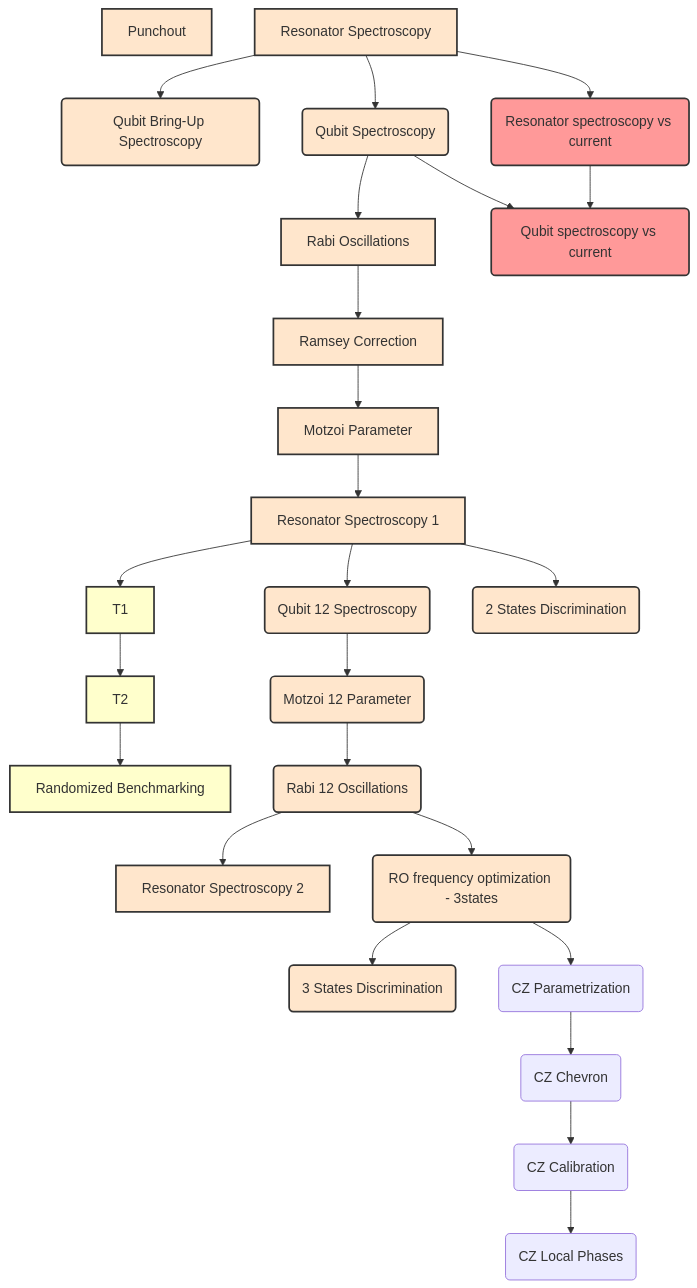
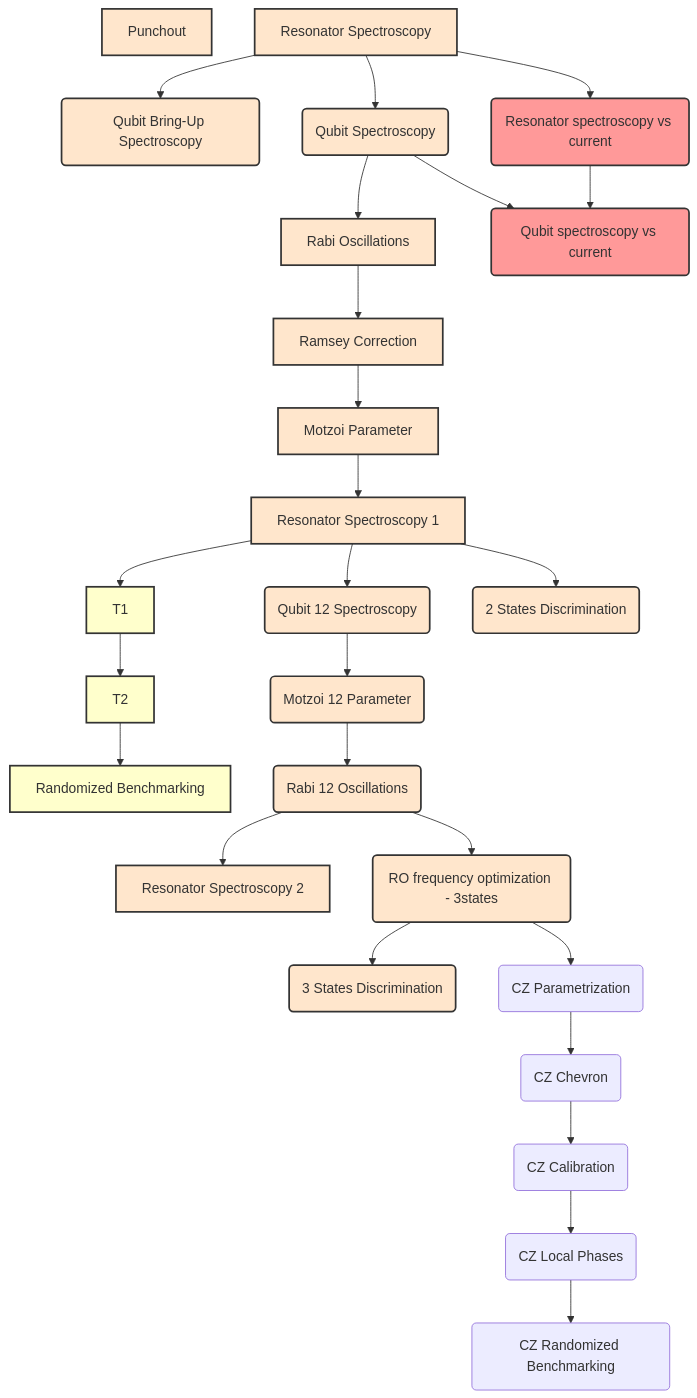
Before and after one commit to tergite/tergite-autocalibration: the diagram in docs/node-library/available_nodes.md, drawn with Mermaid. The commit also changed other lines of this file and 2 other files, not shown here.

Commit message:
docs: add links documentation, node tree

````diff
--- a/docs/node-library/available_nodes.md
+++ b/docs/node-library/available_nodes.md
@@ -3,50 +3,57 @@
 ``` mermaid
 graph TD
     A1[Punchout]
     A[Resonator Spectroscopy]
     A --> B1(Qubit Bring-Up Spectroscopy)
     A --> B(Qubit Spectroscopy)
     B --> C[Rabi Oscillations]
     C --> D[Ramsey Correction]
     D --> E[Motzoi Parameter]
     E --> F[Resonator Spectroscopy 1]
     F --> C1[T1] --> C2[T2] --> C3[Randomized Benchmarking]
     F --> F1(Qubit 12 Spectroscopy) --> G(Motzoi 12 Parameter)--> G1(Rabi 12 Oscillations) --> G2[Resonator Spectroscopy 2]
     F --> H1(2 States Discrimination)
     G1 --> H2(RO frequency optimization - 3states) --> H3(3 States Discrimination)
     A --> I(Resonator spectroscopy vs current)
     B --> J(Qubit spectroscopy vs current)
     I --> J
     H2 --> K(CZ Parametrization) --> K1(CZ Chevron) --> K2(CZ Calibration) --> K3(CZ Local Phases)
-        
+    K3 --> L(CZ Randomized Benchmarking)
+    
     click A href "../nodes/resonator_spectroscopy_node"
     click F href "../nodes/resonator_spectroscopy_node"
     click G1 href "../nodes/resonator_spectroscopy_node"
     click A1 href "../nodes/punchout_node"
     click B href "../nodes/qubit_spectroscopy_node"
     click F1 href "../nodes/qubit_spectroscopy_node"
     click C href "../nodes/rabi_oscillations_node"
+    click C3 href "../nodes/randomized_benchmarking_node"
     click I href "../nodes/resonator_spectroscopy_vs_current_node"
     click J href "../nodes/qubit_spectroscopy_vs_current_node"
-
+    click K href "../nodes/cz_parametrization"
+    click K1 href "../nodes/cz_chevron"
+    click K2 href "../nodes/cz_calibration"
+    click K3 href "../nodes/cz_local_phases"
+    click L href "../nodes/cz_rb_node"
+    
     style A fill:#ffe6cc,stroke:#333,stroke-width:2px
     style A1 fill:#ffe6cc,stroke:#333,stroke-width:2px
     style B fill:#ffe6cc,stroke:#333,stroke-width:2px
     style B1 fill:#ffe6cc,stroke:#333,stroke-width:2px
     style C fill:#ffe6cc,stroke:#333,stroke-width:2px
     style D fill:#ffe6cc,stroke:#333,stroke-width:2px
     style E fill:#ffe6cc,stroke:#333,stroke-width:2px
     style F fill:#ffe6cc,stroke:#333,stroke-width:2px
     style C1 fill:#ffffcc,stroke:#333,stroke-width:2px
     style C2 fill:#ffffcc,stroke:#333,stroke-width:2px
     style C3 fill:#ffffcc,stroke:#333,stroke-width:2px
     style F1 fill:#ffe6cc,stroke:#333,stroke-width:2px
     style G fill:#ffe6cc,stroke:#333,stroke-width:2px
     style G1 fill:#ffe6cc,stroke:#333,stroke-width:2px
     style G2 fill:#ffe6cc,stroke:#333,stroke-width:2px
     style H1 fill:#ffe6cc,stroke:#333,stroke-width:2px
     style H2 fill:#ffe6cc,stroke:#333,stroke-width:2px
     style H3 fill:#ffe6cc,stroke:#333,stroke-width:2px
     style I fill:#ff9999,stroke:#333,stroke-width:2px
     style J fill:#ff9999,stroke:#333,stroke-width:2px
 ```
````
